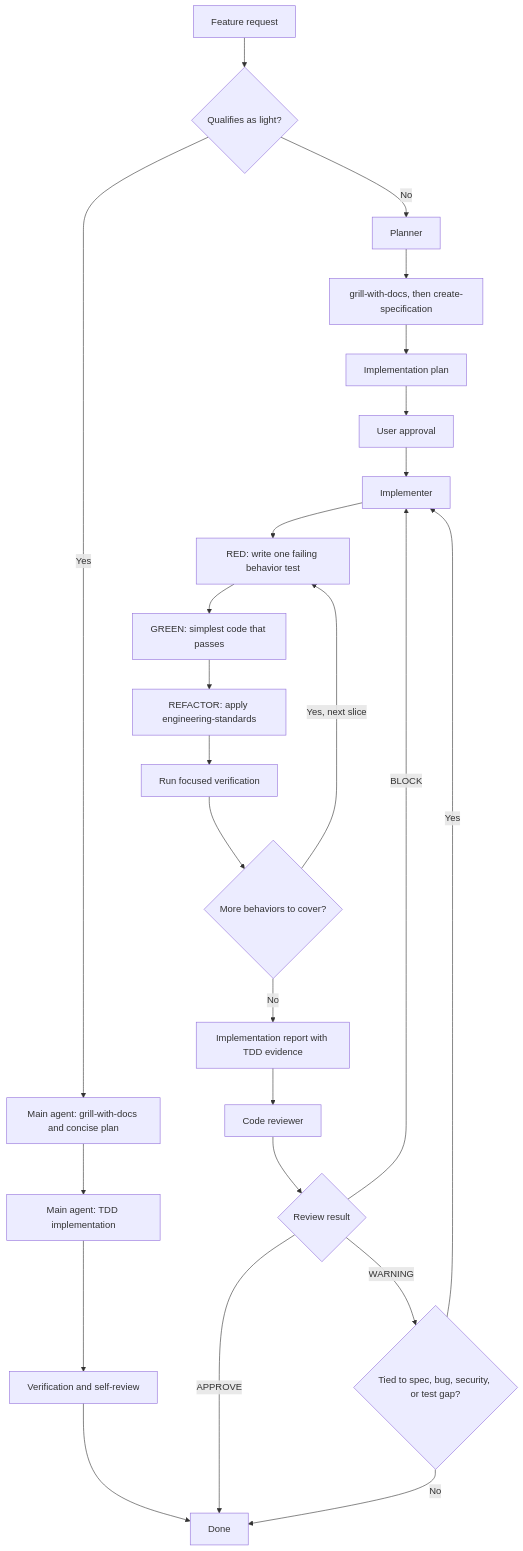
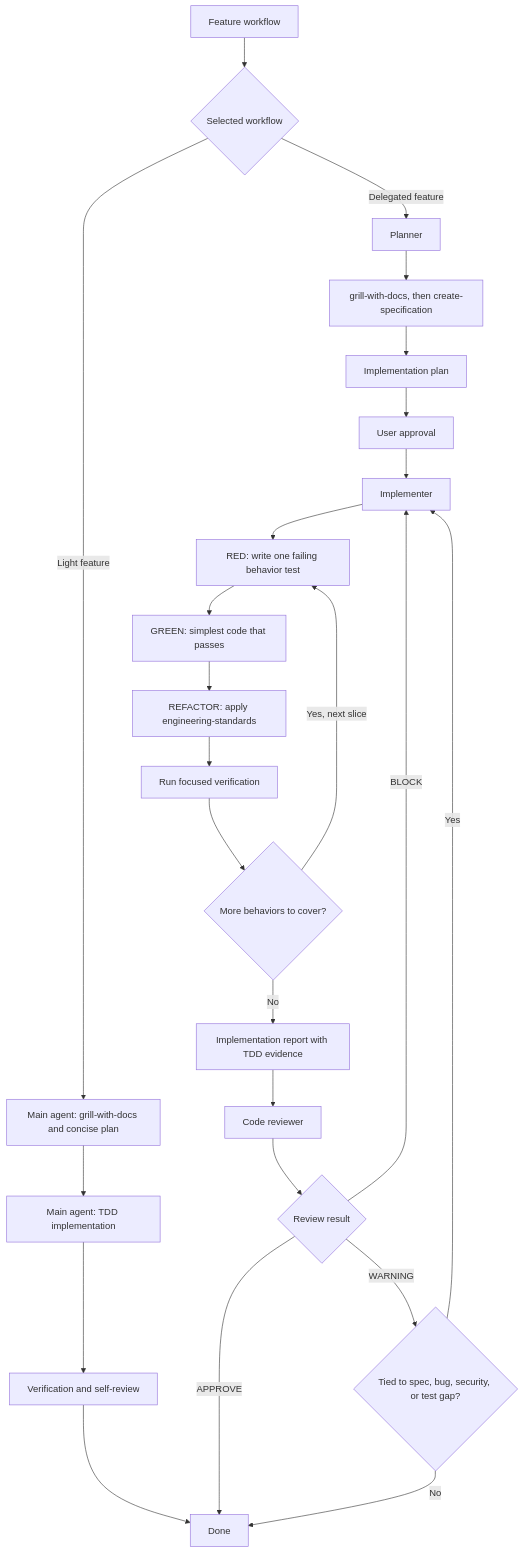
One commit to aloilor/lean-coding-agent changed the second of 4 diagrams in README.md. Above: the diagram before and after it, drawn with Mermaid. The commit also changed other lines of this file and 11 other files, not shown here.

Commit message:
feat(workflows): add light bug-fixing workflow

````diff
--- a/README.md
+++ b/README.md
@@ -57,27 +57,27 @@
 ```mermaid
 flowchart TD
-    A[Feature request] --> B{Qualifies as light?}
-    B -->|Yes| C[Main agent: grill-with-docs and concise plan]
+    A[Feature workflow] --> B{Selected workflow}
+    B -->|Light feature| C[Main agent: grill-with-docs and concise plan]
     C --> D[Main agent: TDD implementation]
     D --> E[Verification and self-review]
     E --> O[Done]
-    B -->|No| Q[Planner]
+    B -->|Delegated feature| Q[Planner]
     Q --> R[grill-with-docs, then create-specification]
     R --> S[Implementation plan]
     S --> T[User approval]
     T --> F[Implementer]
     F --> G[RED: write one failing behavior test]
     G --> H[GREEN: simplest code that passes]
     H --> I[REFACTOR: apply engineering-standards]
     I --> J[Run focused verification]
     J --> K{More behaviors to cover?}
     K -->|Yes, next slice| G
     K -->|No| L[Implementation report with TDD evidence]
     L --> M[Code reviewer]
     M --> N{Review result}
-    N -->|APPROVE| O[Done]
+    N -->|APPROVE| O
     N -->|BLOCK| F
     N -->|WARNING| P{Tied to spec, bug, security, or test gap?}
     P -->|Yes| F
     P -->|No| O
 ```
````
